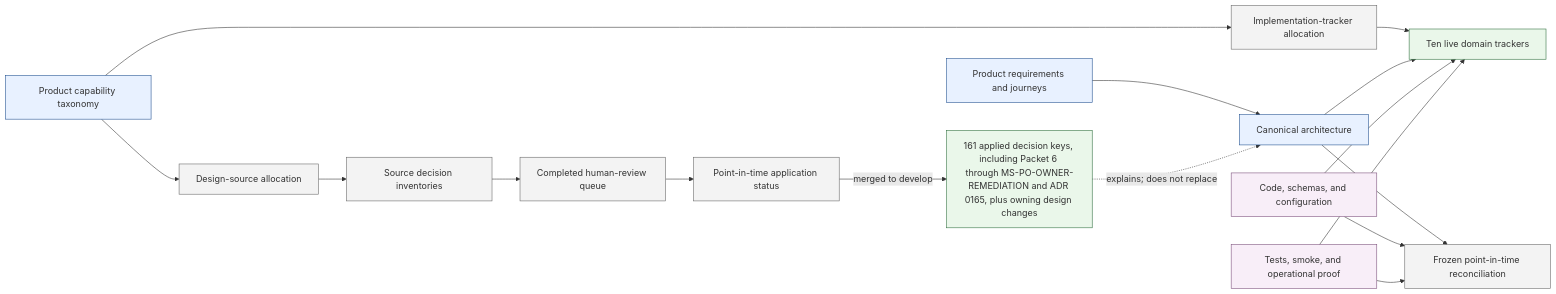
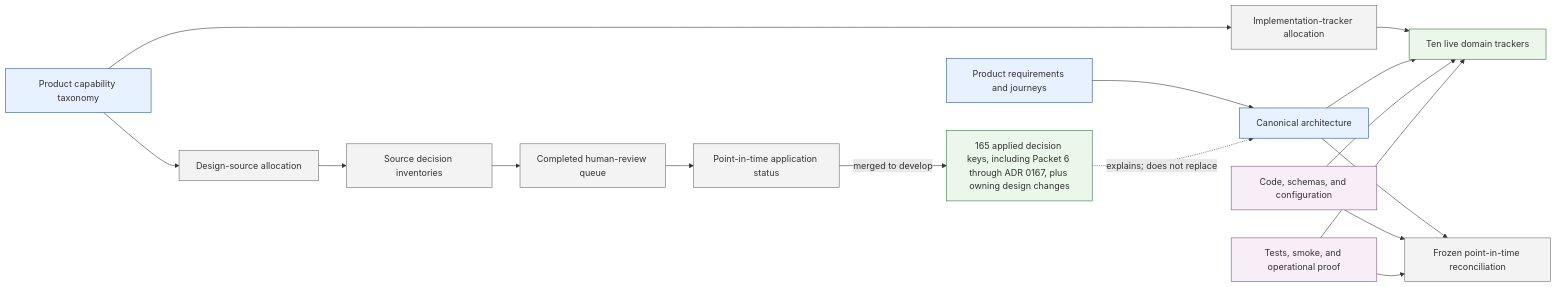
One commit to benhook1013/FireMUD changed the diagram in design/project-management/design-alignment/README.md. Above: the diagram before and after it, drawn with Mermaid. The commit also changed other lines of this file and 39 other files, not shown here.

````diff
--- a/design/project-management/design-alignment/README.md
+++ b/design/project-management/design-alignment/README.md
@@ -27,26 +27,26 @@
 ```mermaid
 flowchart LR
     PRODUCT[Product requirements and journeys]:::canonical --> ARCH[Canonical architecture]:::canonical
     TAXONOMY[Product capability taxonomy]:::canonical --> DESIGN_ALLOC[Design-source allocation]:::alignment
     DESIGN_ALLOC --> SOURCE_INV[Source decision inventories]:::alignment
     SOURCE_INV --> HUMAN_QUEUE[Completed human-review queue]:::alignment
     HUMAN_QUEUE --> APPLY[Point-in-time application status]:::alignment
-    APPLY -->|merged to develop| APPLIED_DECISIONS[161 applied decision keys, including Packet 6 through MS-PO-OWNER-REMEDIATION and ADR 0165, plus owning design changes]:::status
+    APPLY -->|merged to develop| APPLIED_DECISIONS[165 applied decision keys, including Packet 6 through ADR 0167, plus owning design changes]:::status
     APPLIED_DECISIONS -. explains; does not replace .-> ARCH
 
     TAXONOMY --> TRACKER_ALLOC[Implementation-tracker allocation]:::alignment
     TRACKER_ALLOC --> TRACKERS[Ten live domain trackers]:::status
     ARCH --> TRACKERS
     CODE[Code, schemas, and configuration]:::evidence --> TRACKERS
     PROOF[Tests, smoke, and operational proof]:::evidence --> TRACKERS
 
     ARCH --> RECON[Frozen point-in-time reconciliation]:::alignment
     CODE --> RECON
     PROOF --> RECON
 
     classDef canonical fill:#e8f1ff,stroke:#1f4f8f
     classDef alignment fill:#f3f3f3,stroke:#666
     classDef pending fill:#fff4d6,stroke:#9a6700
     classDef status fill:#eaf7ea,stroke:#2f6f3e
     classDef evidence fill:#f8eef8,stroke:#7a4e7a
 ```
````
